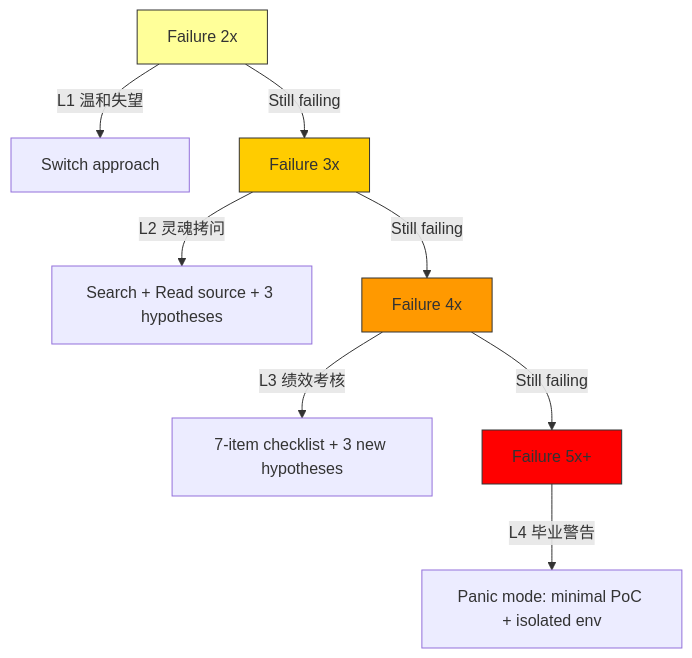
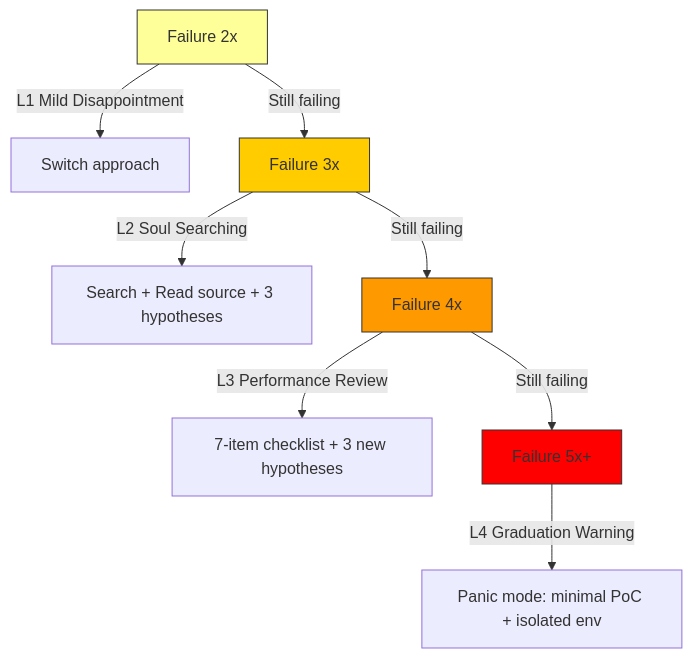
The second of 8 diagrams in README.md (evoerax/awesome-harness-engineering), drawn with Mermaid before and after one commit. The commit also changed other lines of this file, not shown here.

Commit message:
fix: English README - remove all Chinese text, keep only English

````diff
--- a/README.md
+++ b/README.md
@@ -189,15 +189,15 @@
 ```mermaid
 graph TD
-    A[Failure 2x] -->|L1 温和失望| B[Switch approach]
+    A[Failure 2x] -->|L1 Mild Disappointment| B[Switch approach]
     A -->|Still failing| C[Failure 3x]
-    C -->|L2 灵魂拷问| D[Search + Read source + 3 hypotheses]
+    C -->|L2 Soul Searching| D[Search + Read source + 3 hypotheses]
     C -->|Still failing| E[Failure 4x]
-    E -->|L3 绩效考核| F[7-item checklist + 3 new hypotheses]
+    E -->|L3 Performance Review| F[7-item checklist + 3 new hypotheses]
     E -->|Still failing| G[Failure 5x+]
-    G -->|L4 毕业警告| H[Panic mode: minimal PoC + isolated env]
+    G -->|L4 Graduation Warning| H[Panic mode: minimal PoC + isolated env]
 
     style A fill:#ff9,stroke:#333
     style C fill:#fc0,stroke:#333
     style E fill:#f90,stroke:#333
     style G fill:#f00,stroke:#333
 ```
````
